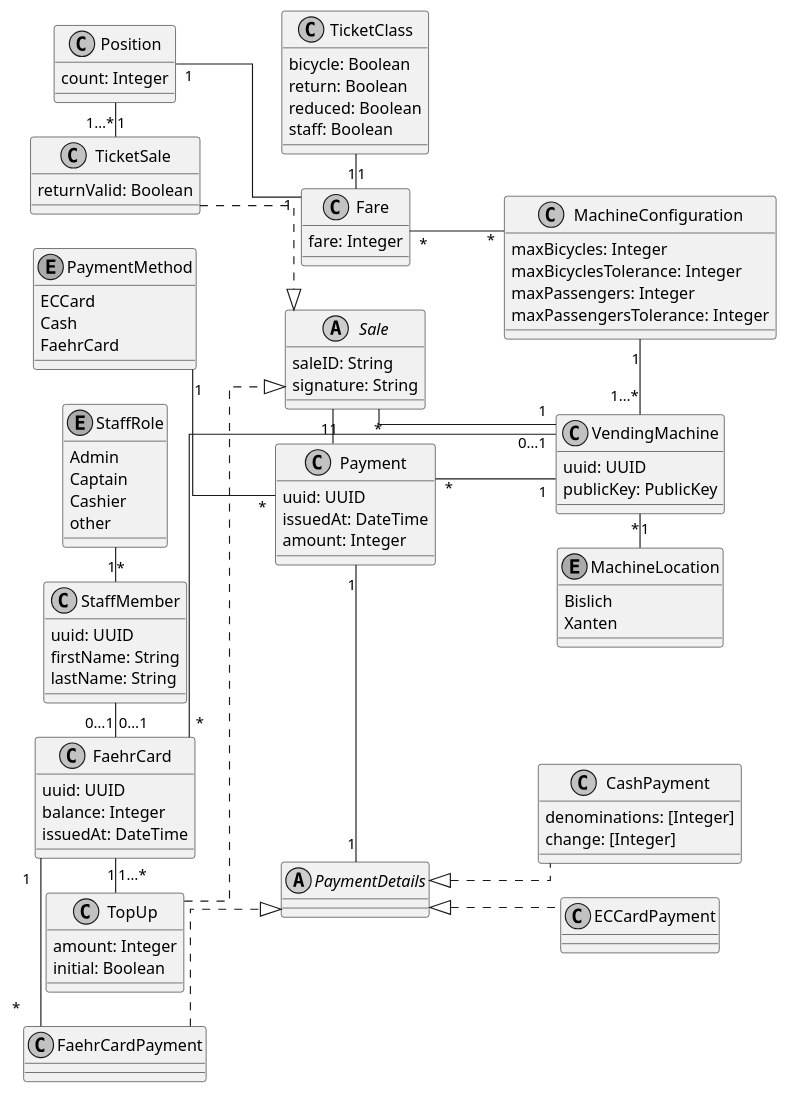
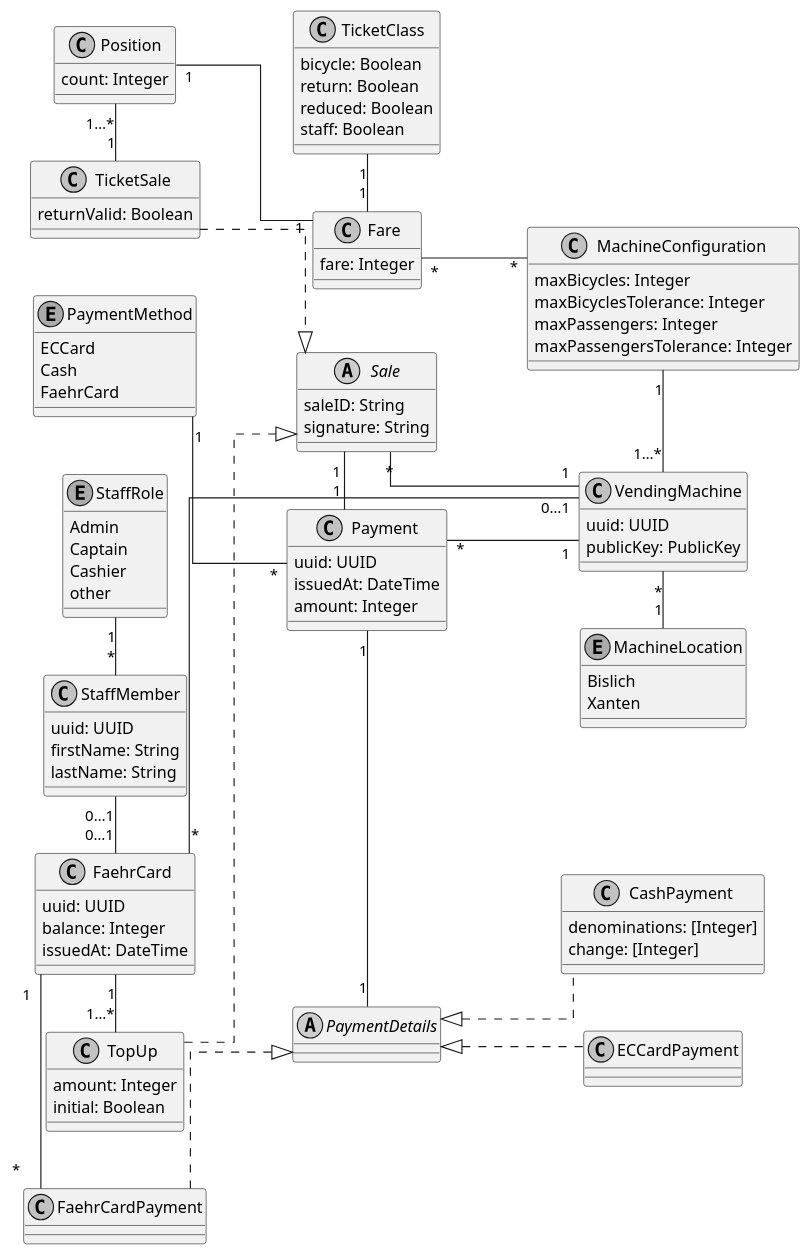
The diagram in src/class_diagram.puml (FerryTix/diagrams), drawn with PlantUML before and after one commit. The commit also changed 1 other file, not shown here.

Commit message:
increase padding

```diff
--- a/src/class_diagram.puml
+++ b/src/class_diagram.puml
@@ -1,172 +1,175 @@
 @startuml
 skinparam linetype ortho
 left to right direction
 skinparam nodesep 30
 'title: FerryTix Class Diagram
 skinparam monochrome true
 
 abstract class PaymentDetails
+'skinparam BoxPadding             30
+skinparam nodesep 50
+skinparam ranksep 70
 
 class FaehrCardPayment {
     ' uuid: UUID
 }
 FaehrCardPayment ..|> PaymentDetails
 FaehrCardPayment "*" -up  "1" FaehrCard
 
 class CashPayment {
     denominations: [Integer]
     change: [Integer]
 }
 
 PaymentDetails <|.. CashPayment
 
 class ECCardPayment {
 
 }
 
 PaymentDetails <|.. ECCardPayment
 
 class Payment {
     'issuedBy: Union<null, VendingMachine>
     uuid: UUID
     issuedAt: DateTime
     amount: Integer
     'details: PaymentDetails
     'method: PaymentMethod
 }
 
 enum PaymentMethod {
     ECCard
     Cash
     FaehrCard
 }
 
 PaymentMethod "1" -- "*" Payment
 Payment "1" - "1" PaymentDetails
 Payment "*" - "1" VendingMachine
 
 class TicketSale {
     returnValid: Boolean
     ' from: MachineLocation
     'positions: [Position]
 }
 
 class Position {
     ' fare: Fare
     count: Integer
 }
 
 Position "1" -- "1" Fare
 Position "1…*" - "1" TicketSale
 
 ' TicketSale "1" -- "1" Payment
 
 class TicketClass {
     bicycle: Boolean
     return: Boolean
     reduced: Boolean
     staff: Boolean
 }
 
 abstract class Sale {
     saleID: String
     'signedBy: VendingMachine
     signature: String
     'payment: Payment
 }
 
 TicketSale ..|> Sale
 TopUp ..|> Sale
 Sale "1" - "1" Payment
 Sale "*" -- "1" VendingMachine
 
 class TopUp {
     'for: FaehrCard
     amount: Integer
     initial: Boolean
 }
 
 'TopUp "1" -- "1" Payment
 FaehrCard "1" - "1…*" TopUp
 
 class StaffMember {
     uuid: UUID
     firstName: String
     lastName: String
     'role: StaffRole
 }
 
 StaffMember "*" -up "1" StaffRole
 
 enum StaffRole {
     Admin
     Captain
     Cashier
     other
 }
 
 class FaehrCard {
     uuid: UUID
     ' ownedBy: Union<null, StaffMember>
     balance: Integer
     issuedAt: DateTime
     ' issuedBy: Union<null, VendingMachine>
 }
 
 FaehrCard "0…1" -up "0…1" StaffMember
 FaehrCard "*" -- "0…1" VendingMachine
 
 class MachineConfiguration {
     'forMachine: VendingMachine
     maxBicycles: Integer
     maxBicyclesTolerance: Integer
     maxPassengers: Integer
     maxPassengersTolerance: Integer
     'fares: [Fare]
 }
 
 MachineConfiguration "1" - "1…*" VendingMachine
 MachineConfiguration "*" -up "*" Fare
 
 class Fare {
     ' ticketClass: TicketClass
     fare: Integer
 }
 
 TicketClass "1" - "1" Fare
 
 ' enum MachineCommand {
 '     setSignalRed
 '     setSignalGreen
 '     stopVending
 '     startVending
 ' }
 
 enum MachineLocation {
     Bislich
     Xanten
 }
 
 class VendingMachine {
     uuid: UUID
     publicKey: PublicKey
     'location: MachineLocation
 }
 
 MachineLocation "1" -up "*" VendingMachine
 
 ' class MachineStatus {
 '     vending: Boolean
 '     waiting: [WaitingPassenger]
 ' }
 
 'WaitingPassenger <- MachineStatus
 
 ' class WaitingPassenger {
 '     ticketClass: TicketClass
 '     waitingSince: DateTime
 ' }
 '
 ' WaitingPassenger --> TicketClass
 
 @enduml
```
